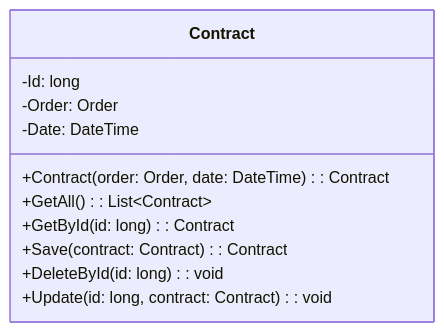
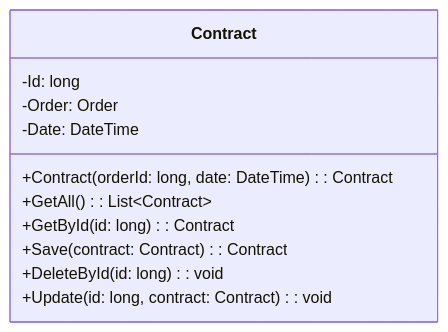
Before and after one commit to AndreLucas0/diagrama-de-classes-projeto-integrador: diagram 11 of 17 in Classes.md, drawn with Mermaid. The commit also changed other lines of this file, not shown here.

Commit message:
diagrama finalizado

````diff
--- a/Classes.md
+++ b/Classes.md
@@ -154,14 +154,14 @@
 ```mermaid
 classDiagram
     class Contract {
         -Id: long
         -Order: Order
         -Date: DateTime
-        +Contract(order: Order, date: DateTime): Contract
+        +Contract(orderId: long, date: DateTime): Contract
         +GetAll (): List&lt;Contract&gt;
         +GetById (id: long): Contract
         +Save (contract: Contract): Contract
         +DeleteById (id: long): void
         +Update (id: long, contract: Contract): void
     }
 ```
````
